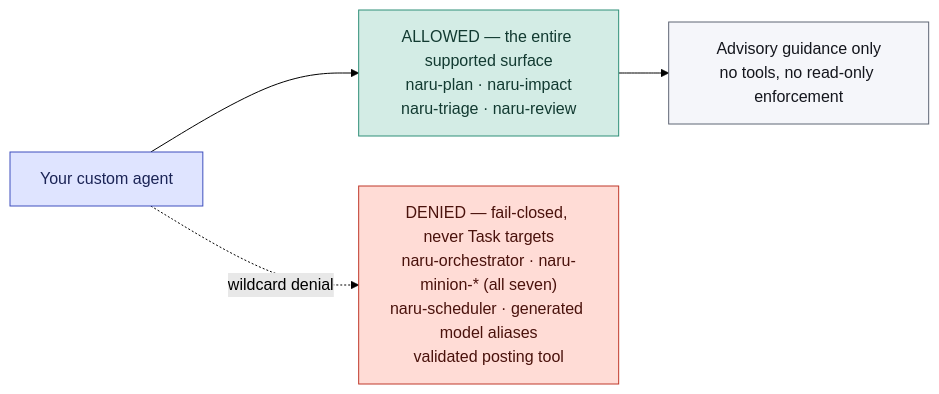
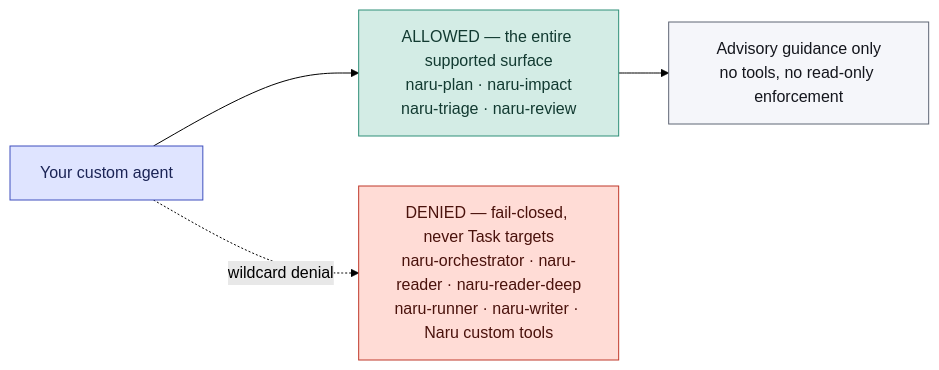
The diagram in docs/agent-integration.md (sean35mm/naru-opencode), drawn with Mermaid (forest theme) before and after one commit. The commit also changed other lines of this file and 24 other files, not shown here.

First line of the commit message:
docs: rewrite documentation for the v-next architecture

````diff
--- a/docs/agent-integration.md
+++ b/docs/agent-integration.md
@@ -25,15 +43,15 @@
 ```mermaid
 flowchart LR
   CA["Your custom agent"]:::entry
   OK["ALLOWED — the entire supported surface<br/>naru-plan · naru-impact<br/>naru-triage · naru-review"]:::read
-  NO["DENIED — fail-closed, never Task targets<br/>naru-orchestrator · naru-minion-* (all seven)<br/>naru-scheduler · generated model aliases<br/>validated posting tool"]:::danger
+  NO["DENIED — fail-closed, never Task targets<br/>naru-orchestrator · naru-reader · naru-reader-deep<br/>naru-runner · naru-writer · Naru custom tools"]:::danger
   G["Advisory guidance only<br/>no tools, no read-only enforcement"]:::artifact
 
   CA --> OK --> G
   CA -.->|"wildcard denial"| NO
 
   classDef entry fill:#dfe4ff,stroke:#3f4fbe,color:#1b2456
   classDef read fill:#d3ece5,stroke:#2f8f78,color:#123a31
   classDef danger fill:#ffdcd6,stroke:#c0392b,color:#4a120c
   classDef artifact fill:#f5f6fa,stroke:#5f6675,color:#14161d
 ```
````
